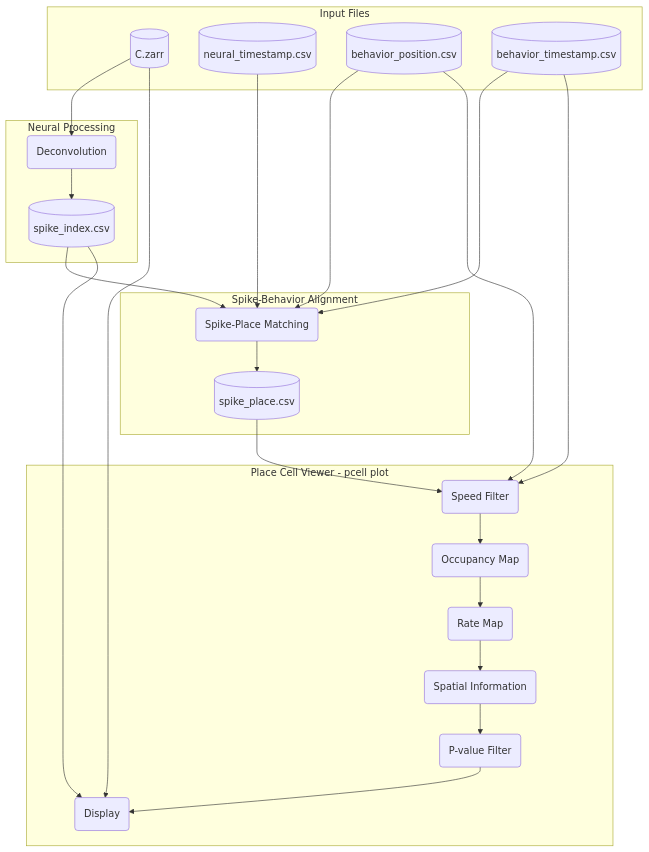
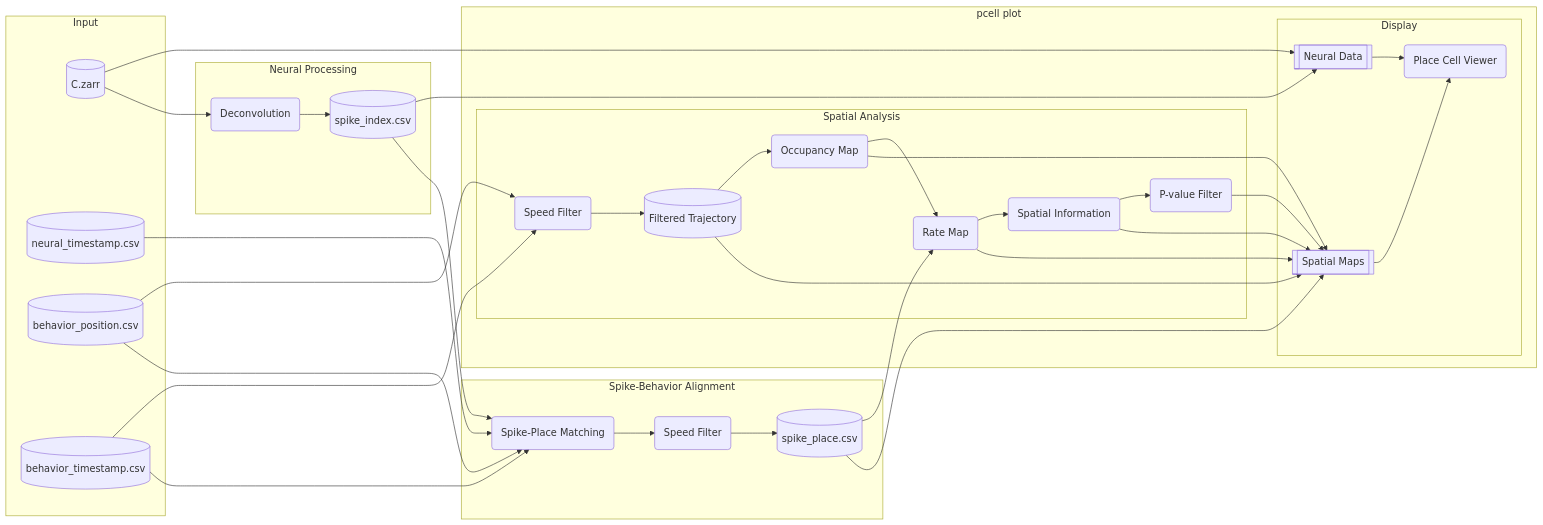
One commit to miniscope/placecell changed the diagram in docs/visualization_workflow.md. Above: the diagram before and after it, drawn with Mermaid. The commit also changed other lines of this file, not shown here.

Commit message:
update diagram

````diff
--- a/docs/visualization_workflow.md
+++ b/docs/visualization_workflow.md
@@ -15,35 +15,50 @@
 ```mermaid
-flowchart TD
-    subgraph Input Files
+flowchart LR
+    subgraph Input
         A[(C.zarr)]
         B[(neural_timestamp.csv)]
         C[(behavior_position.csv)]
         D[(behavior_timestamp.csv)]
     end
 
     subgraph Neural Processing
         A --> E(Deconvolution)
         E --> F[(spike_index.csv)]
     end
 
     subgraph Spike-Behavior Alignment
         F --> G(Spike-Place Matching)
         B --> G
         C --> G
         D --> G
-        G --> H[(spike_place.csv)]
+        G --> R(Speed Filter)
+        R --> H[(spike_place.csv)]
     end
 
-    subgraph Place Cell Viewer - pcell plot
-        H --> I(Speed Filter)
-        C --> I
-        D --> I
-        I --> J(Occupancy Map)
-        J --> K(Rate Map)
-        K --> L(Spatial Information)
-        L --> N(P-value Filter)
-        N --> M(Display)
-        A --> M
-        F --> M
+    subgraph pcell plot
+        A --> O
+        F --> O
+        Q --> P
+        H --> P
+        J --> P
+        K --> P
+        L --> P
+        N --> P
+        subgraph Spatial Analysis
+            C --> I(Speed Filter)
+            D --> I
+            I --> Q[(Filtered Trajectory)]
+            Q --> J(Occupancy Map)
+            H --> K(Rate Map)
+            J --> K
+            K --> L(Spatial Information)
+            L --> N(P-value Filter)
+        end
+
+        subgraph Display
+            O[[Neural Data]] --> M(Place Cell Viewer)
+            P[[Spatial Maps]] --> M
+        end
+
     end
 ```
````
